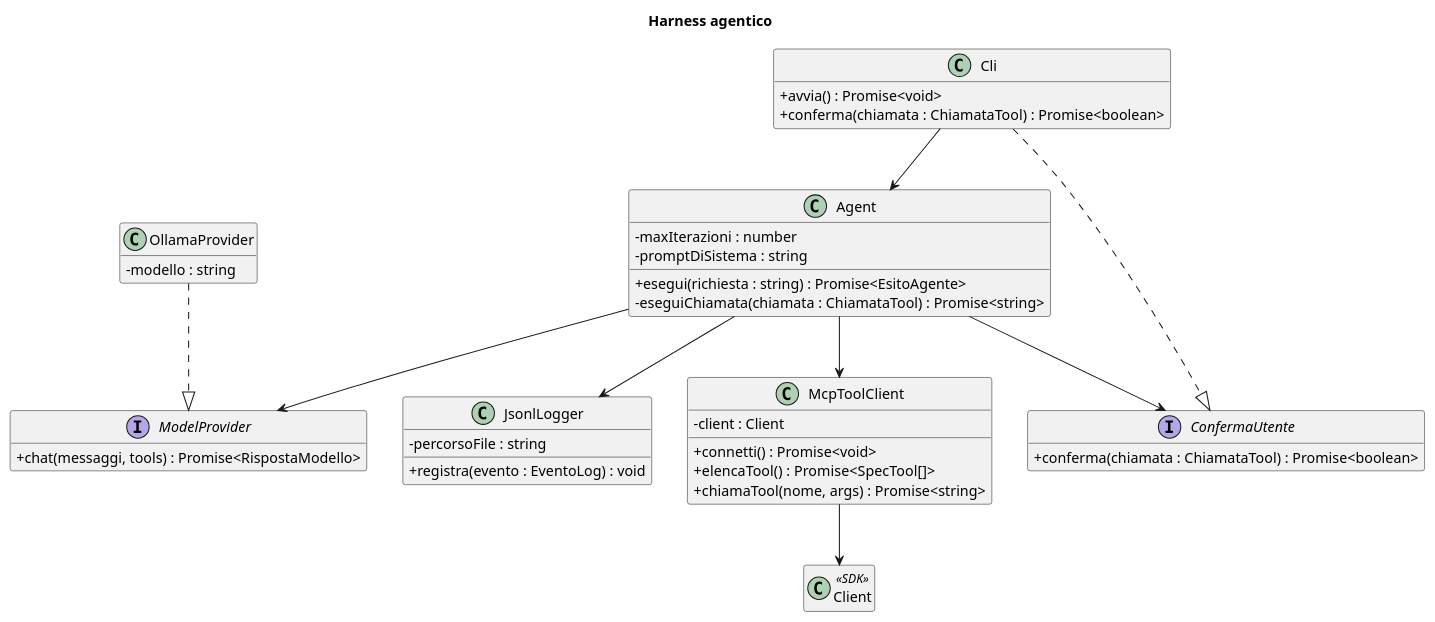
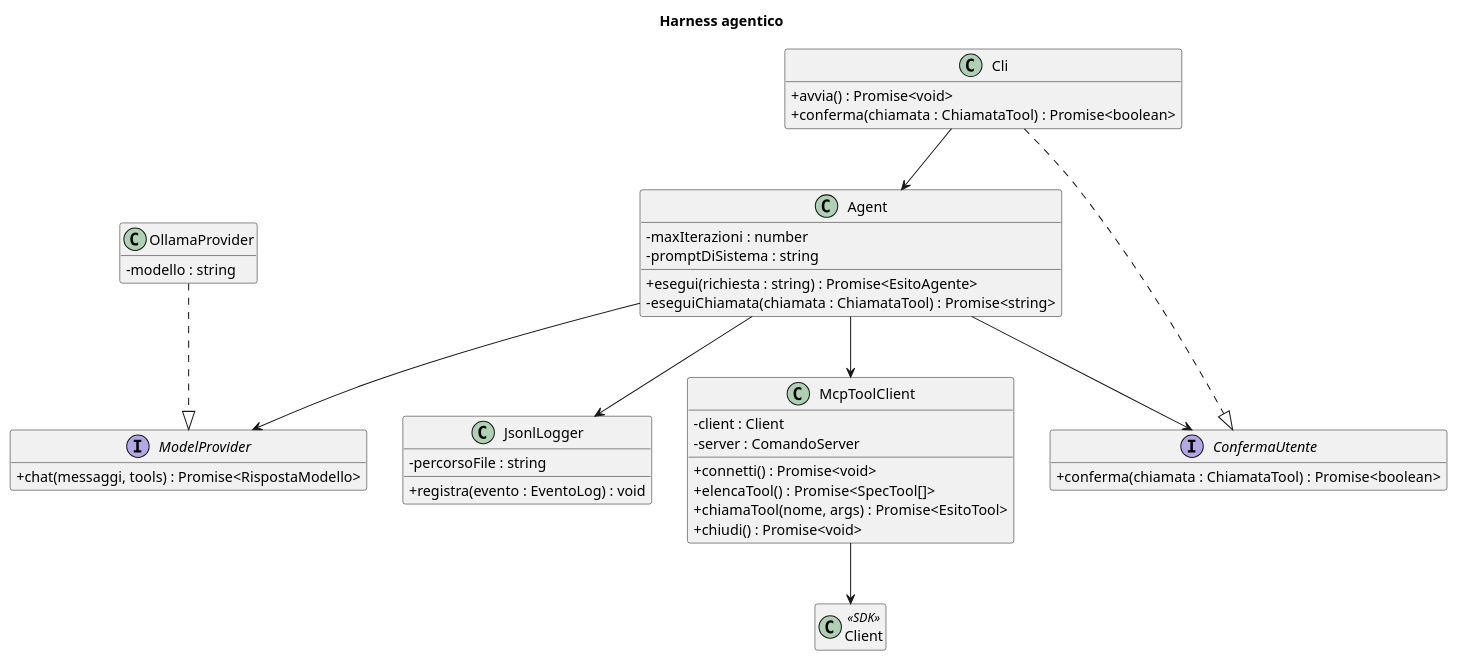
One commit to LeoDS99/pw26-agente-recall changed the diagram in docs/diagrammi/classi-harness.puml. Above: the diagram before and after it, drawn with PlantUML. The commit also changed 4 other files, not shown here.

Commit message:
Harness: McpToolClient (connessione, elenco e chiamata dei tool) e tipi; diagramma allineato

```diff
--- a/docs/diagrammi/classi-harness.puml
+++ b/docs/diagrammi/classi-harness.puml
@@ -1,52 +1,54 @@
 @startuml classi-harness
 skinparam classAttributeIconSize 0
 hide empty members
 title Harness agentico
 
 class Client <<SDK>>
 
 class Cli {
   + avvia() : Promise<void>
   + conferma(chiamata : ChiamataTool) : Promise<boolean>
 }
 
 class Agent {
   - maxIterazioni : number
   - promptDiSistema : string
   + esegui(richiesta : string) : Promise<EsitoAgente>
   - eseguiChiamata(chiamata : ChiamataTool) : Promise<string>
 }
 
 interface ModelProvider {
   + chat(messaggi, tools) : Promise<RispostaModello>
 }
 
 class OllamaProvider {
   - modello : string
 }
 
 interface ConfermaUtente {
   + conferma(chiamata : ChiamataTool) : Promise<boolean>
 }
 
 class McpToolClient {
   - client : Client
+  - server : ComandoServer
   + connetti() : Promise<void>
   + elencaTool() : Promise<SpecTool[]>
-  + chiamaTool(nome, args) : Promise<string>
+  + chiamaTool(nome, args) : Promise<EsitoTool>
+  + chiudi() : Promise<void>
 }
 
 class JsonlLogger {
   - percorsoFile : string
   + registra(evento : EventoLog) : void
 }
 
 Cli --> Agent
 Cli ..|> ConfermaUtente
 Agent --> ModelProvider
 Agent --> McpToolClient
 Agent --> ConfermaUtente
 Agent --> JsonlLogger
 OllamaProvider ..|> ModelProvider
 McpToolClient --> Client
 @enduml
```
